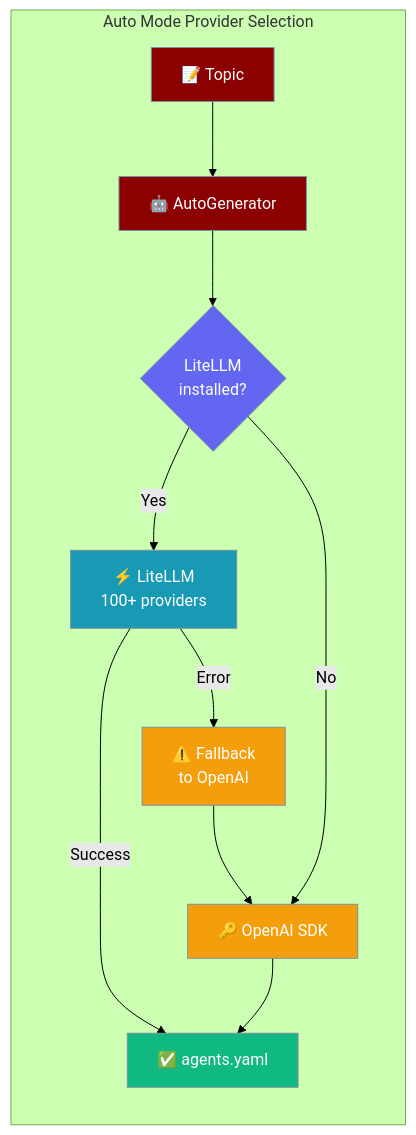
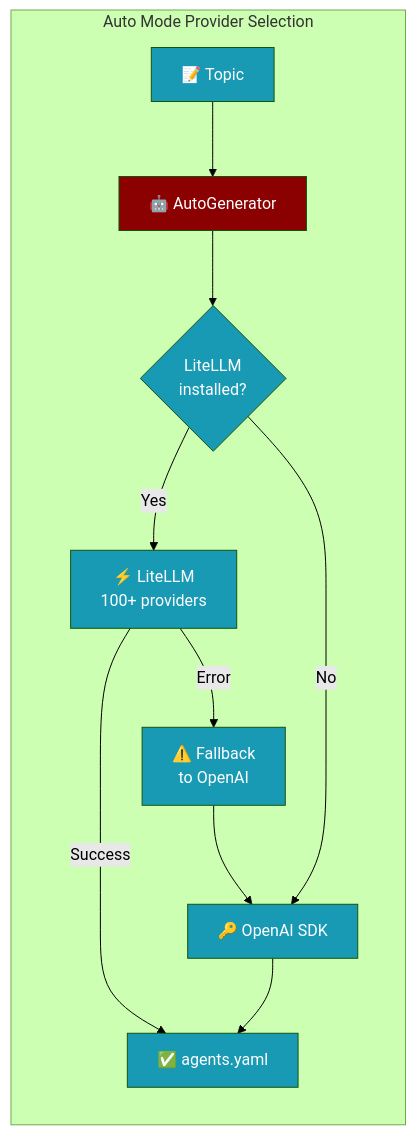
One commit to MervinPraison/PraisonAIDocs changed the first of 3 diagrams in docs/features/auto-generator-providers.mdx. Above: the diagram before and after it, drawn with Mermaid (forest theme). The commit also changed 24 other files, not shown here.

````diff
--- a/docs/features/auto-generator-providers.mdx
+++ b/docs/features/auto-generator-providers.mdx
@@ -10,26 +10,19 @@
 ```mermaid
 graph LR
     subgraph "Auto Mode Provider Selection"
         T["📝 Topic"] --> AG["🤖 AutoGenerator"]
         AG --> LIT{"LiteLLM\ninstalled?"}
         LIT -->|Yes| LL["⚡ LiteLLM\n100+ providers"]
         LIT -->|No| OAI["🔑 OpenAI SDK"]
         LL -->|Success| YAML["✅ agents.yaml"]
         LL -->|Error| FB["⚠️ Fallback\nto OpenAI"]
         FB --> OAI
         OAI --> YAML
     end
 
-    classDef input fill:#8B0000,stroke:#7C90A0,color:#fff
-    classDef litellm fill:#189AB4,stroke:#7C90A0,color:#fff
-    classDef fallback fill:#F59E0B,stroke:#7C90A0,color:#fff
-    classDef output fill:#10B981,stroke:#7C90A0,color:#fff
-    classDef decision fill:#6366F1,stroke:#7C90A0,color:#fff
+    classDef agent fill:#8B0000,color:#fff
+    classDef tool fill:#189AB4,color:#fff
 
-    class T,AG input
-    class LL litellm
-    class FB fallback
-    class OAI fallback
-    class YAML output
-    class LIT decision
+    class AG agent
+    class T,LIT,LL,OAI,FB,YAML tool
 ```
````
